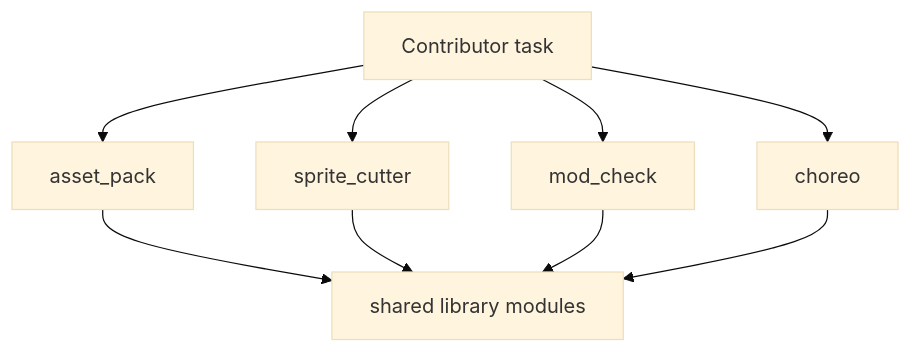
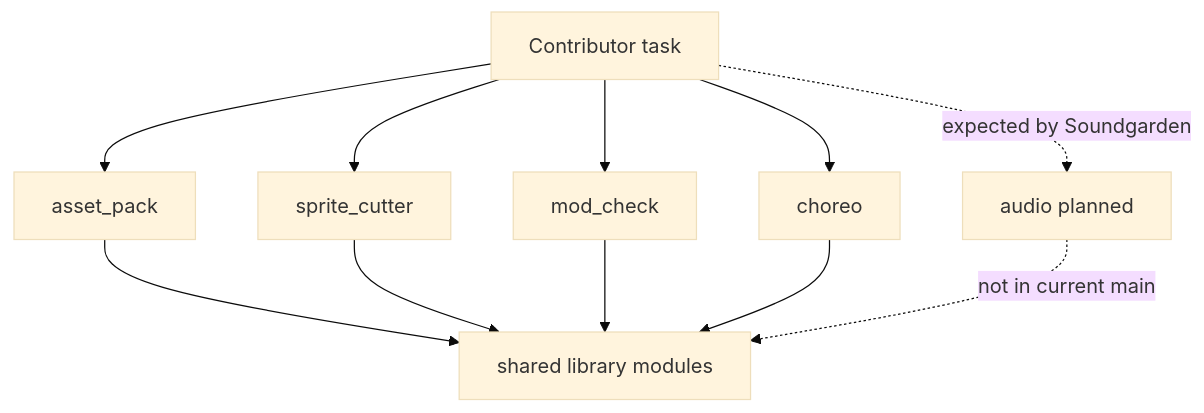
The first of 6 diagrams in src/content/docs/pages/cli-tools.md (soulwax/EchoWiki), drawn with Mermaid (base theme) before and after one commit. The commit also changed other lines of this file and 6 other files, not shown here.

Commit message:
docs: align diagrams with release suite changes

````diff
--- a/src/content/docs/pages/cli-tools.md
+++ b/src/content/docs/pages/cli-tools.md
@@ -7,14 +7,16 @@
 ```mermaid
 flowchart TB
     contributor[Contributor task]
     assetpack[asset_pack]
     cutter[sprite_cutter]
     modcheck[mod_check]
     choreo[choreo]
+    audio[audio planned]
     shared[shared library modules]
 
     contributor --> assetpack --> shared
     contributor --> cutter --> shared
     contributor --> modcheck --> shared
     contributor --> choreo --> shared
+    contributor -. expected by Soundgarden .-> audio -. not in current main .-> shared
 ```
````
